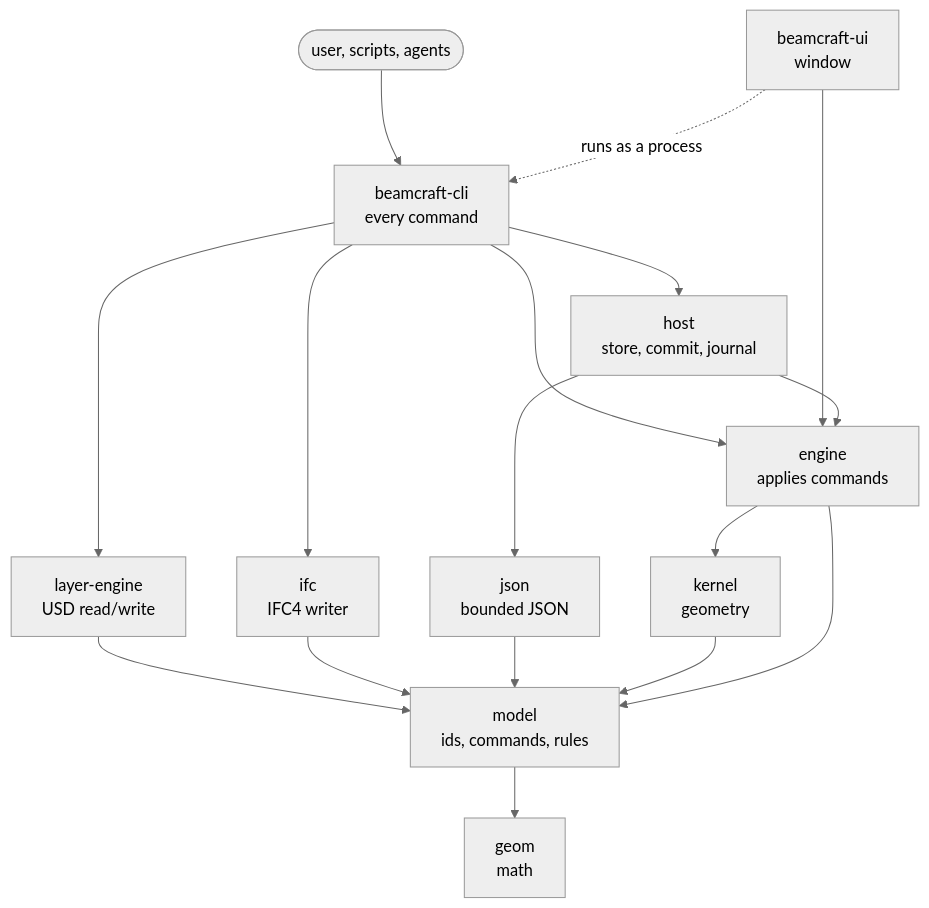
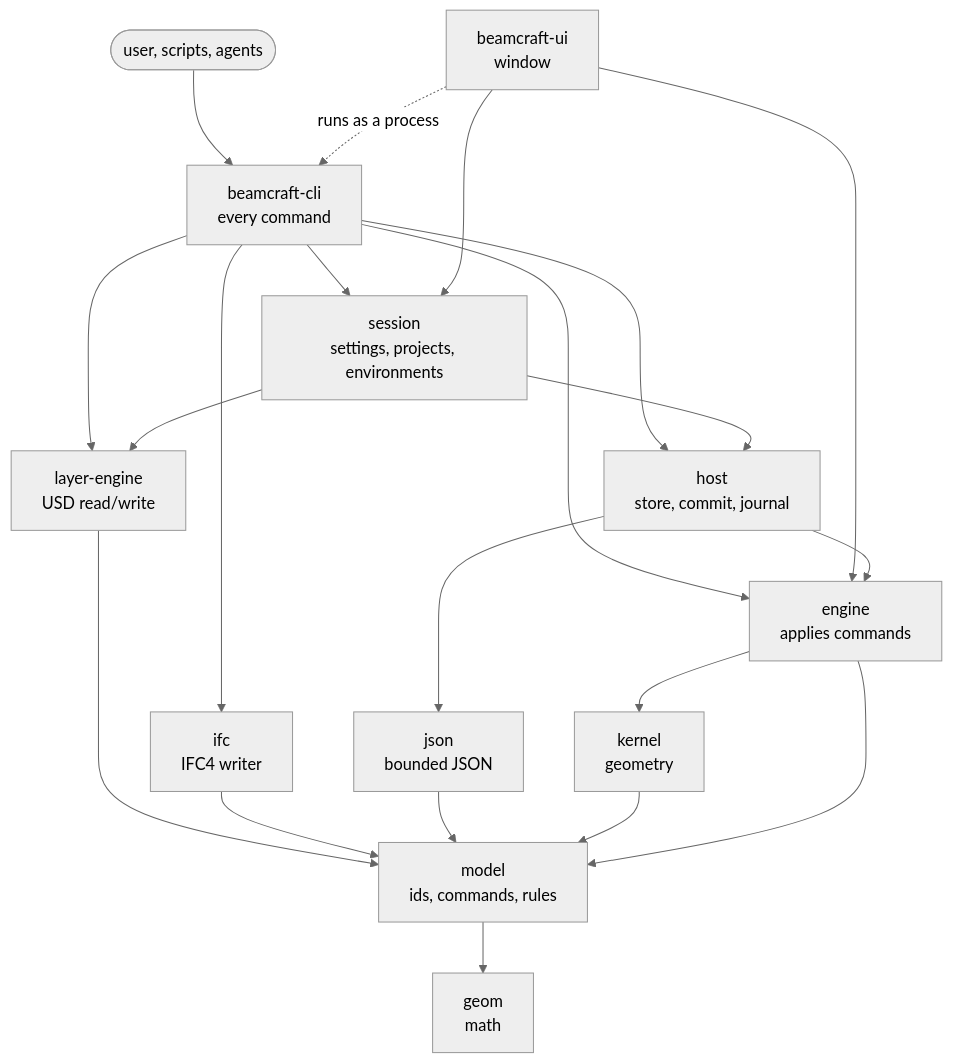
Before and after one commit to Apibim-com/BeamCraft: the first of 2 diagrams in docs/architecture.md, drawn with Mermaid (neutral theme). The commit also changed other lines of this file and 1 other file, not shown here.

First line of the commit message:
docs: plan the session crate and move the apps up one layer (F08)

````diff
--- a/docs/architecture.md
+++ b/docs/architecture.md
@@ -44,22 +45,27 @@
 ```mermaid
 flowchart TD
     user(["user, scripts, agents"]) --> cli
     ui["beamcraft-ui<br/>window"] -. "runs as a process" .-> cli
     cli["beamcraft-cli<br/>every command"]
 
+    cli --> session
     cli --> host
     cli --> engine
     cli --> le
     cli --> ifc
+    ui --> session
     ui --> engine
+
+    session["session<br/>settings, projects, environments"] --> host
+    session --> le
 
     host["host<br/>store, commit, journal"] --> engine
     host --> json
     engine["engine<br/>applies commands"] --> kernel
     le["layer-engine<br/>USD read/write"] --> model
     ifc["ifc<br/>IFC4 writer"] --> model
     json["json<br/>bounded JSON"] --> model
     kernel["kernel<br/>geometry"] --> model
     engine --> model
     model["model<br/>ids, commands, rules"] --> geom["geom<br/>math"]
 ```
````
